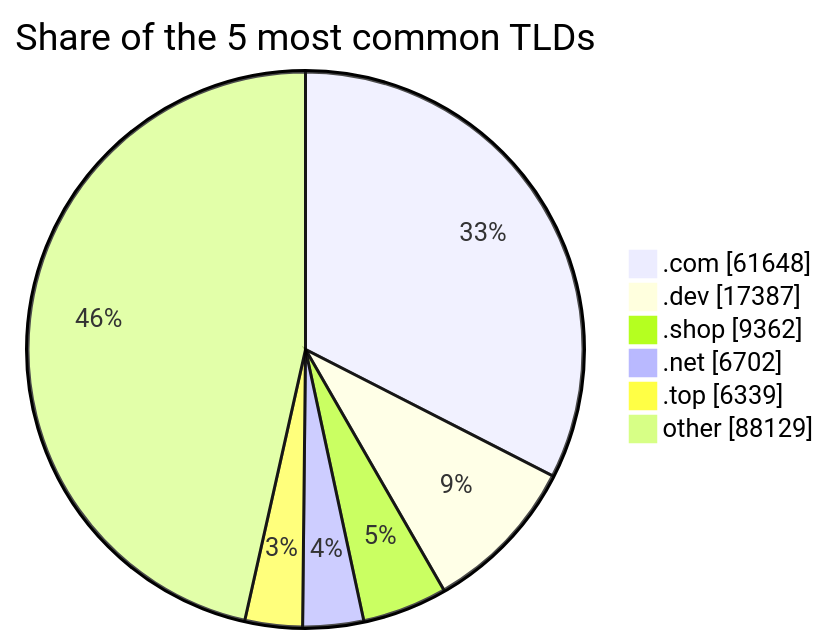
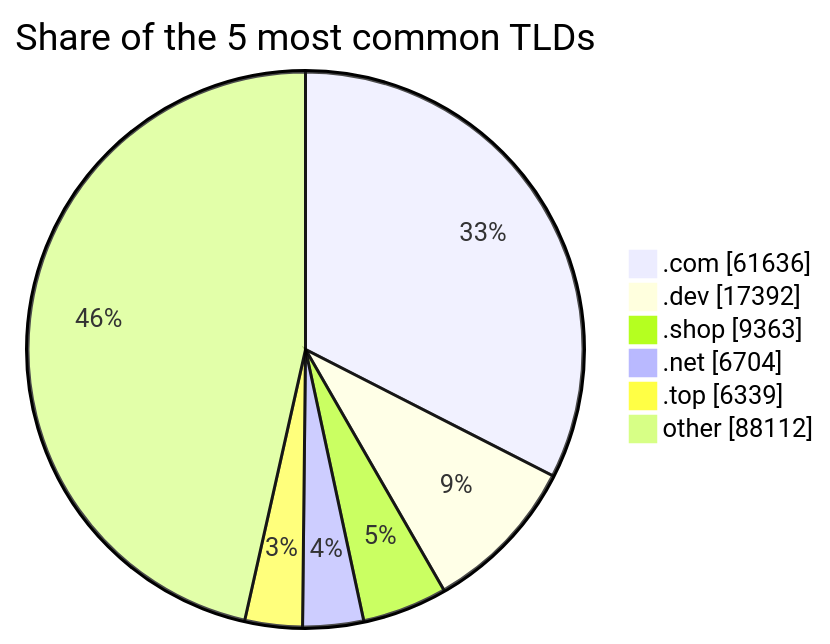
One commit to DNSBunker/CTI changed the third of 3 diagrams in README.md. Above: the diagram before and after it, drawn with Mermaid. The commit also changed other lines of this file and 3 other files, not shown here.

````diff
--- a/README.md
+++ b/README.md
@@ -81,9 +81,9 @@
 ```mermaid
 pie showData title Share of the 5 most common TLDs
-    ".com" : 61648
-    ".dev" : 17387
-    ".shop" : 9362
-    ".net" : 6702
+    ".com" : 61636
+    ".dev" : 17392
+    ".shop" : 9363
+    ".net" : 6704
     ".top" : 6339
-    "other" : 88129
+    "other" : 88112
 ```
````
